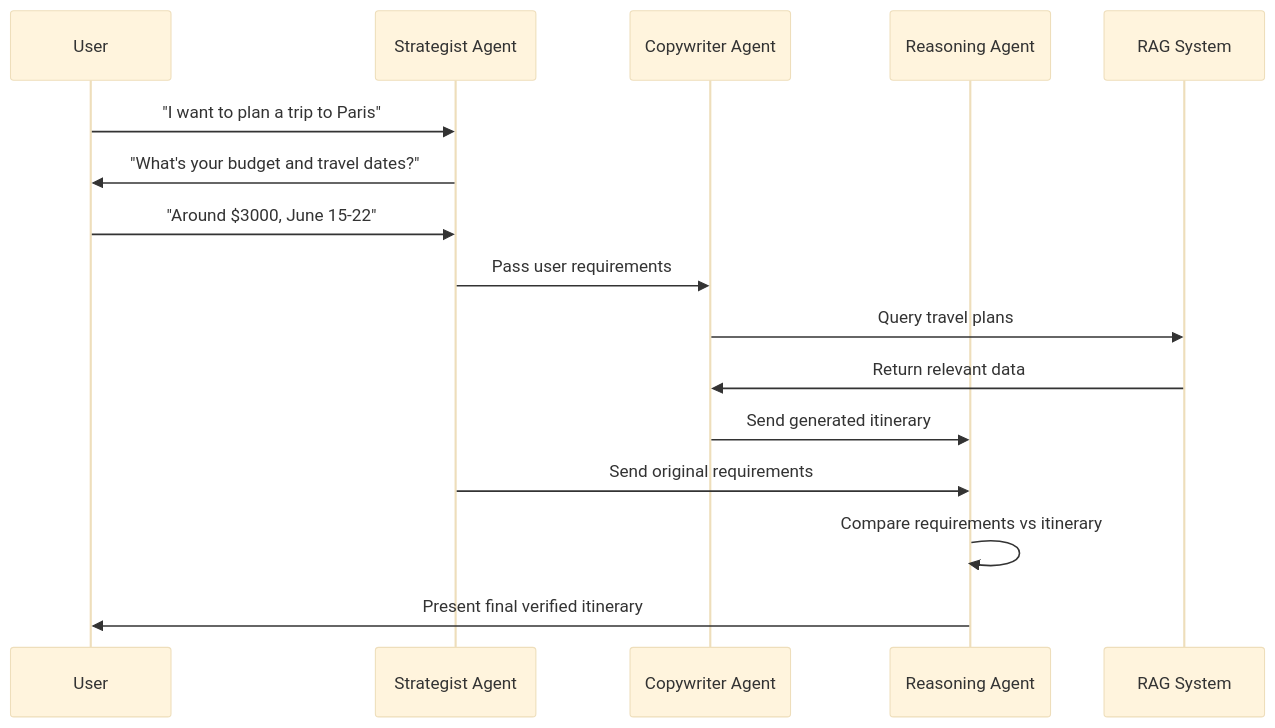
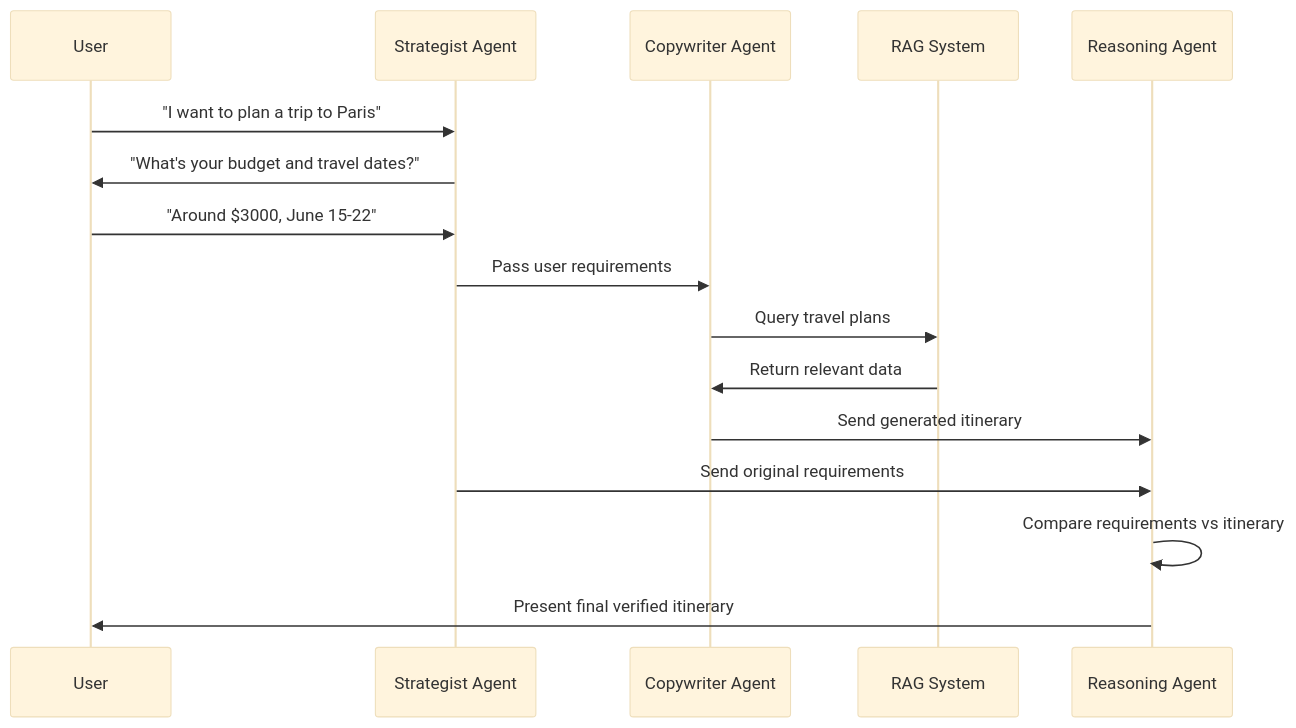
The second of 2 diagrams in workflow_diagram.md (saha0073/travel-itinerary-generation), drawn with Mermaid (base theme) before and after one commit. The commit also changed other lines of this file, not shown here.

````diff
--- a/workflow_diagram.md
+++ b/workflow_diagram.md
@@ -48,19 +48,19 @@
 ```mermaid
 sequenceDiagram
     participant U as User
     participant SA as Strategist Agent
     participant CA as Copywriter Agent
+    participant RAG as RAG System
     participant RA as Reasoning Agent
-    participant RAG as RAG System
     
     U->>SA: "I want to plan a trip to Paris"
     SA->>U: "What's your budget and travel dates?"
     U->>SA: "Around $3000, June 15-22"
     SA->>CA: Pass user requirements
     CA->>RAG: Query travel plans
     RAG->>CA: Return relevant data
     CA->>RA: Send generated itinerary
     SA->>RA: Send original requirements
     RA->>RA: Compare requirements vs itinerary
     RA->>U: Present final verified itinerary
 ```
````
